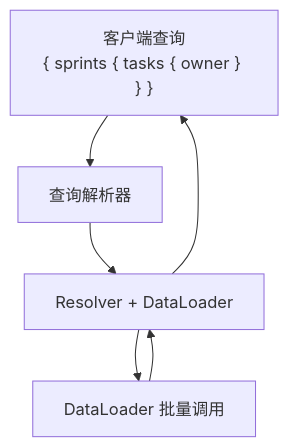
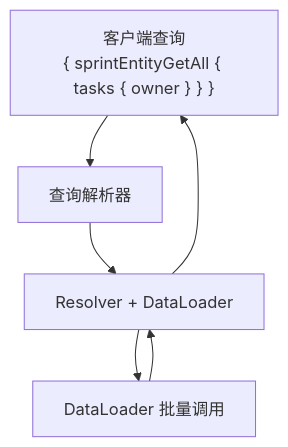
Before and after one commit to allmonday/pydantic-resolve: the second of 2 diagrams in docs/graphql_guide.zh.md, drawn with Mermaid. The commit also changed other lines of this file and 1 other file, not shown here.

Commit message:
feat: update GraphQL guide to clarify operation name generation and adjust example queries

````diff
--- a/docs/graphql_guide.zh.md
+++ b/docs/graphql_guide.zh.md
@@ -305,13 +307,13 @@
 ```mermaid
 flowchart TB
-    Q["客户端查询<br/>{ sprints { tasks { owner } } }"]
+    Q["客户端查询<br/>{ sprintEntityGetAll { tasks { owner } } }"]
     P["查询解析器"]
     R["Resolver + DataLoader"]
     D["DataLoader 批量调用"]
 
     Q --> P
     P --> R
     R --> D
     D --> R
     R --> Q
 ```
````
